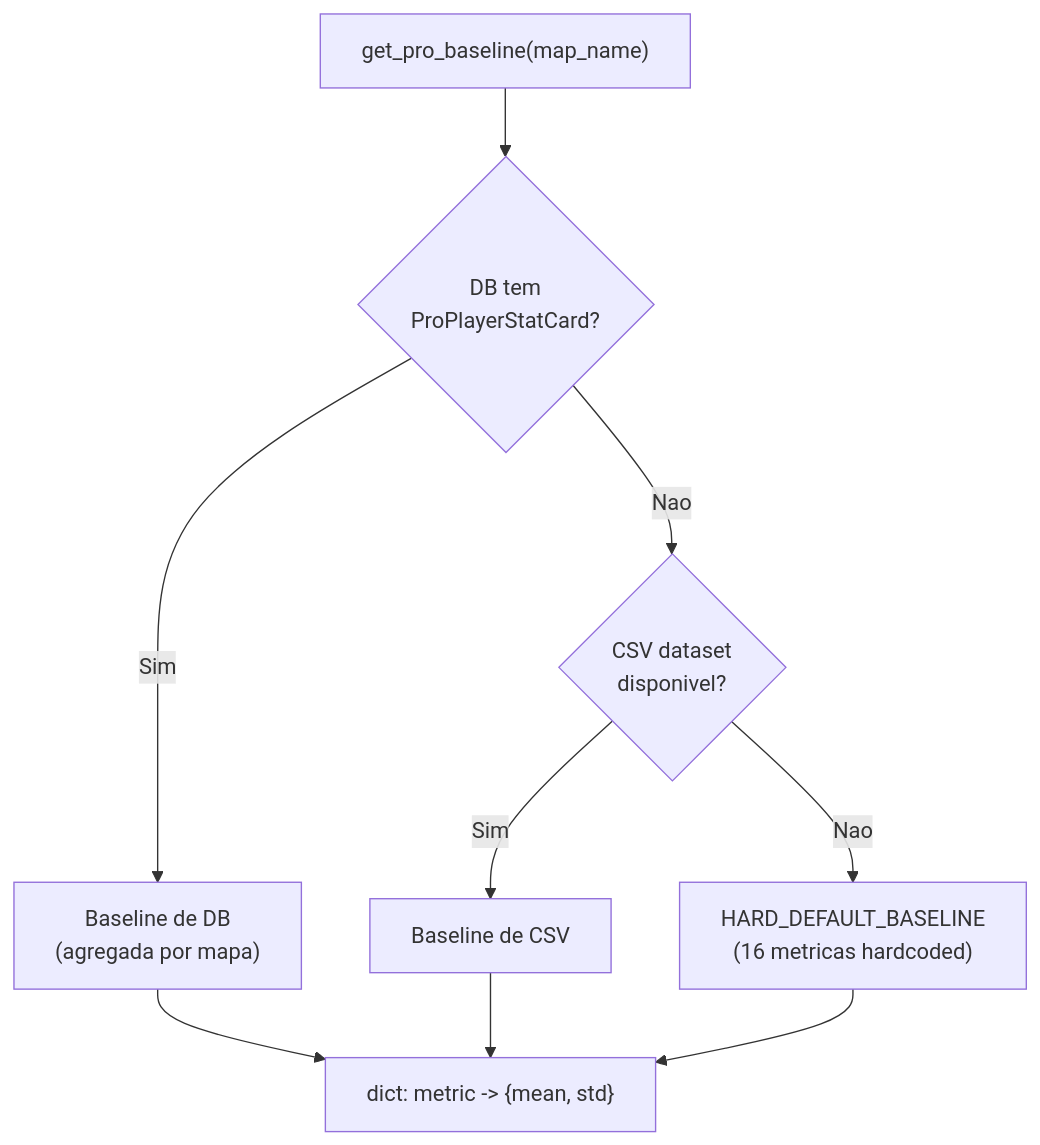
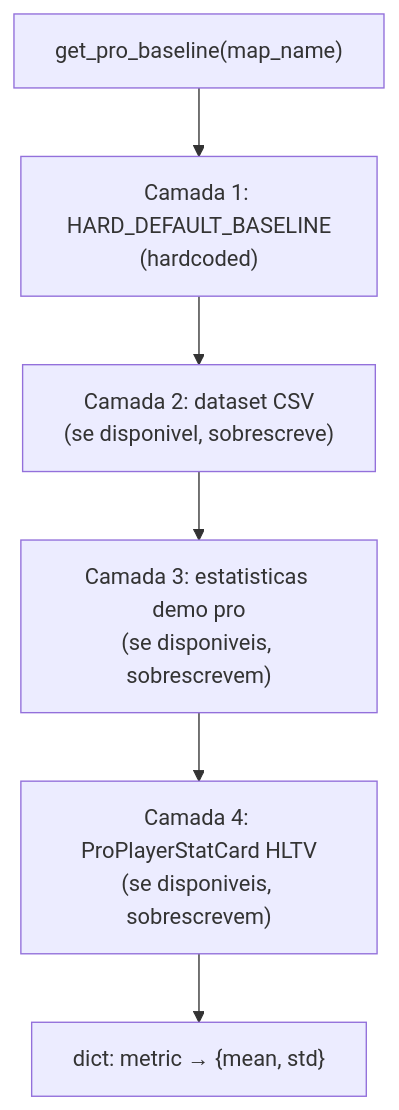
One commit to renanaugustomacena-ux/Counter-Strike-coach-AI changed diagram 33 of 49 in docs/books/Book-Coach-2-pt.md. Above: the diagram before and after it, drawn with Mermaid. The commit also changed other lines of this file and 36 other files, not shown here.

````diff
--- a/docs/books/Book-Coach-2-pt.md
+++ b/docs/books/Book-Coach-2-pt.md
@@ -1594,11 +1637,8 @@
 ```mermaid
 flowchart TB
-    REQ["get_pro_baseline(map_name)"] --> DB{"DB tem<br/>ProPlayerStatCard?"}
-    DB -->|"Sim"| DBBL["Baseline de DB<br/>(agregada por mapa)"]
-    DB -->|"Nao"| CSV{"CSV dataset<br/>disponivel?"}
-    CSV -->|"Sim"| CSVBL["Baseline de CSV"]
-    CSV -->|"Nao"| HARD["HARD_DEFAULT_BASELINE<br/>(16 metricas hardcoded)"]
-    DBBL --> OUT["dict: metric -> {mean, std}"]
-    CSVBL --> OUT
-    HARD --> OUT
+    REQ["get_pro_baseline(map_name)"] --> HARD["Camada 1: HARD_DEFAULT_BASELINE<br/>(hardcoded)"]
+    HARD --> CSV["Camada 2: dataset CSV<br/>(se disponivel, sobrescreve)"]
+    CSV --> DEMO["Camada 3: estatisticas demo pro<br/>(se disponiveis, sobrescrevem)"]
+    DEMO --> HLTV["Camada 4: ProPlayerStatCard HLTV<br/>(se disponiveis, sobrescrevem)"]
+    HLTV --> OUT["dict: metric → {mean, std}"]
 ```
````
